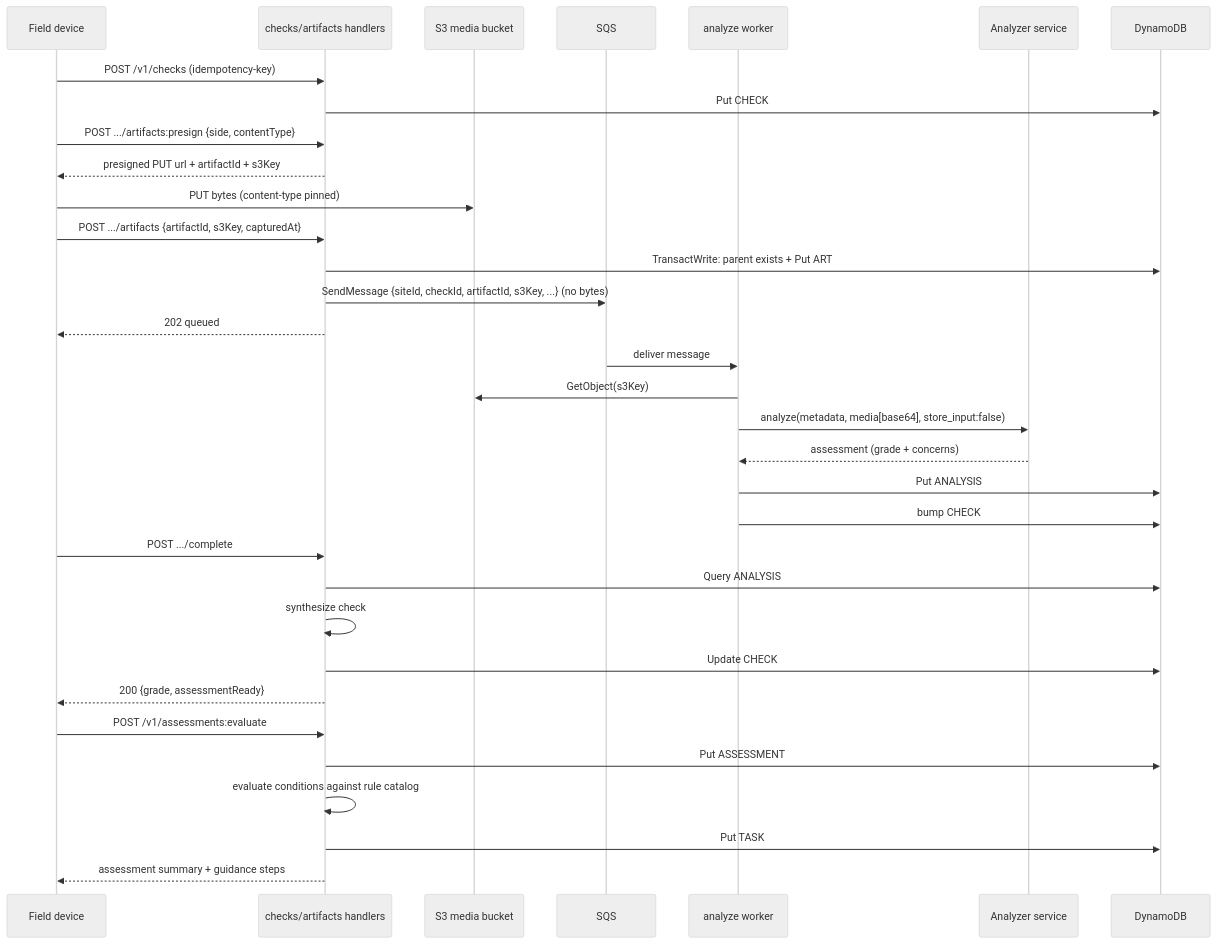
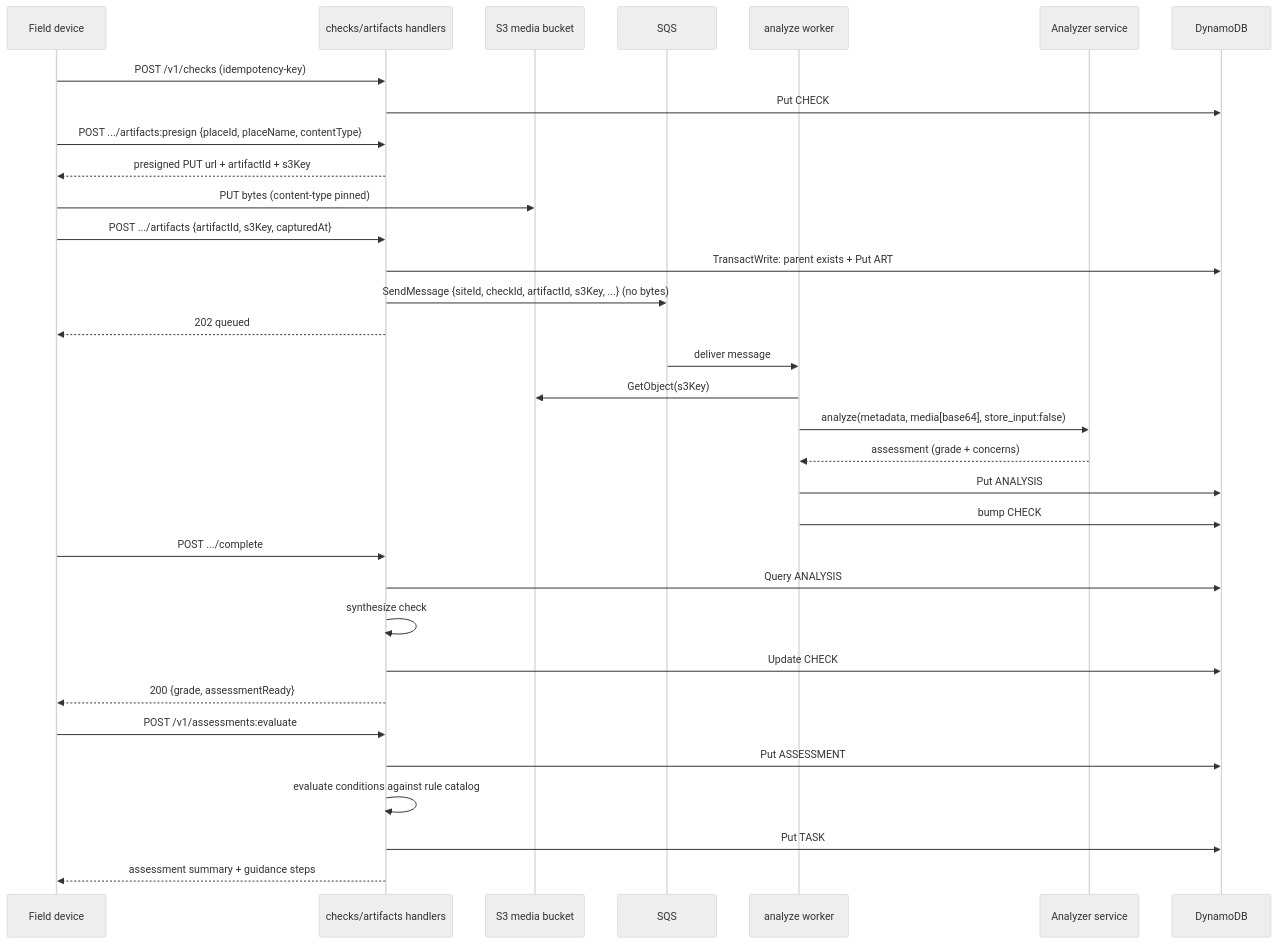
Before and after one commit to Mayor-s-Office-of-Innovation/good-neighbor-app: the second of 2 diagrams in docs/architecture.md, drawn with Mermaid (neutral theme). The commit also changed 46 other files, not shown here.

````diff
--- a/docs/architecture.md
+++ b/docs/architecture.md
@@ -28,36 +28,36 @@
 ```mermaid
 sequenceDiagram
   participant Dev as Field device
   participant API as checks/artifacts handlers
   participant S3 as S3 media bucket
   participant Q as SQS
   participant W as analyze worker
   participant AZ as Analyzer service
   participant DB as DynamoDB
 
   Dev->>API: POST /v1/checks (idempotency-key)
   API->>DB: Put CHECK# header (conditional)
-  Dev->>API: POST .../artifacts:presign {side, contentType}
+  Dev->>API: POST .../artifacts:presign {placeId, placeName, contentType}
   API-->>Dev: presigned PUT url + artifactId + s3Key
   Dev->>S3: PUT bytes (content-type pinned)
   Dev->>API: POST .../artifacts {artifactId, s3Key, capturedAt}
   API->>DB: TransactWrite: parent exists + Put ART# (conditional)
   API->>Q: SendMessage {siteId, checkId, artifactId, s3Key, ...} (no bytes)
   API-->>Dev: 202 queued
   Q->>W: deliver message
   W->>S3: GetObject(s3Key)
   W->>AZ: analyze(metadata, media[base64], store_input:false)
   AZ-->>W: assessment (grade + concerns)
   W->>DB: Put ANALYSIS# (conditional; idempotent on checkId#artifactId)
   W->>DB: bump CHECK# running counters (best-effort)
   Dev->>API: POST .../complete
   API->>DB: Query ANALYSIS# items
   API->>API: synthesize check
   API->>DB: Update CHECK# header (scorecard + assessmentReady)
   API-->>Dev: 200 {grade, assessmentReady}
   Dev->>API: POST /v1/assessments:evaluate
   API->>DB: Put ASSESSMENT# report + COND# items
   API->>API: evaluate conditions against rule catalog
   API->>DB: Put TASK# items (immediately resolvable ones)
   API-->>Dev: assessment summary + guidance steps
 ```
````
